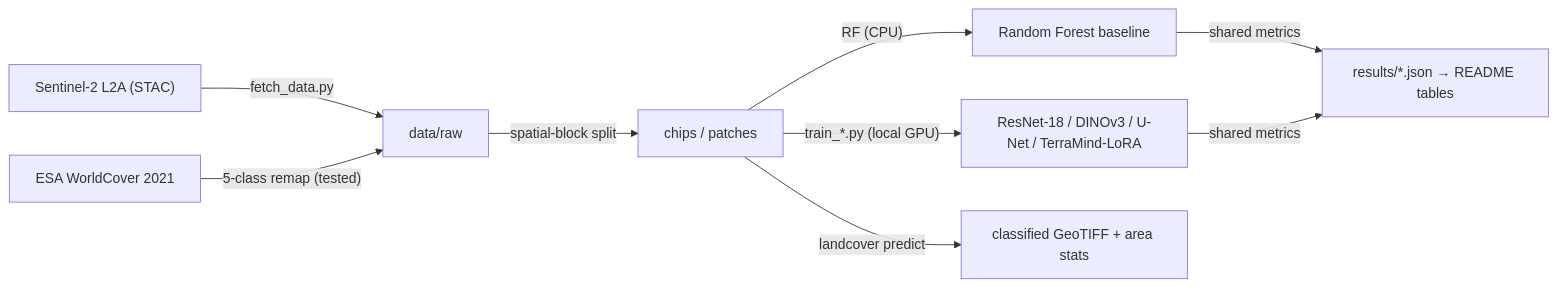
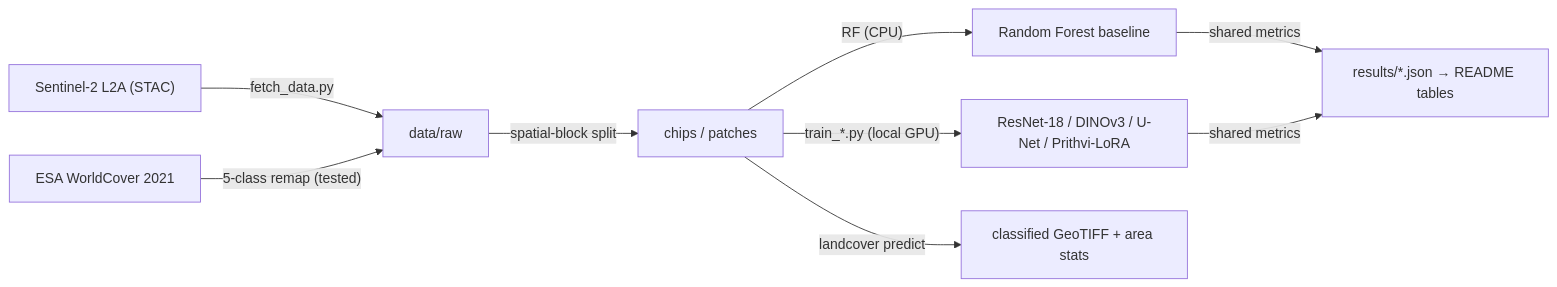
One commit to tarpous/landcover-sentinel2 changed the diagram in README.md. Above: the diagram before and after it, drawn with Mermaid. The commit also changed other lines of this file and 3 other files, not shown here.

Commit message:
feat: add Prithvi-EO-2.0 LoRA foundation-model row via TerraTorch (Track 2)

````diff
--- a/README.md
+++ b/README.md
@@ -80,10 +85,10 @@
 ```mermaid
 flowchart LR
     S2["Sentinel-2 L2A (STAC)"] -->|"fetch_data.py"| RAW["data/raw"]
     WC["ESA WorldCover 2021"] -->|"5-class remap (tested)"| RAW
     RAW -->|"spatial-block split"| DS["chips / patches"]
     DS -->|"RF (CPU)"| M1["Random Forest baseline"]
-    DS -->|"train_*.py (local GPU)"| M2["ResNet-18 / DINOv3 / U-Net / TerraMind-LoRA"]
+    DS -->|"train_*.py (local GPU)"| M2["ResNet-18 / DINOv3 / U-Net / Prithvi-LoRA"]
     M1 & M2 -->|"shared metrics"| RES["results/*.json → README tables"]
     DS -->|"landcover predict"| GEO["classified GeoTIFF + area stats"]
 ```
````
